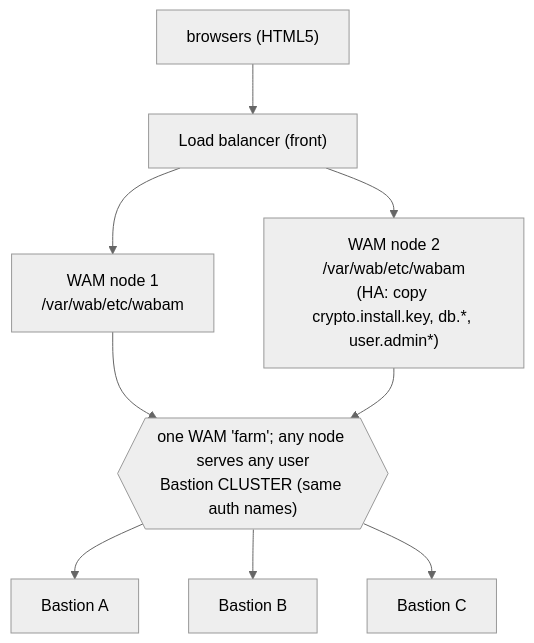
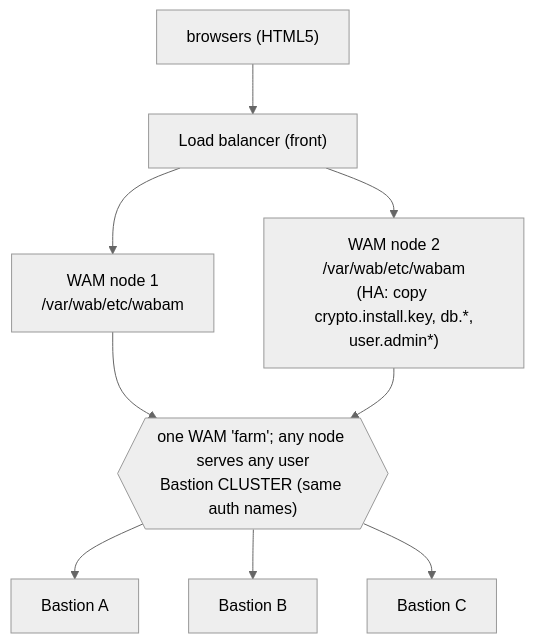
Before and after one commit to morandeirachema/WallixCerts: the fourth of 5 diagrams in deep-dives/high-availability-and-dr.md, drawn with Mermaid (neutral theme). The commit also changed other lines of this file and 37 other files, not shown here.

First line of the commit message:
Make Mermaid node boxes fit their text (wrap long labels) + enforce it

````diff
--- a/deep-dives/high-availability-and-dr.md
+++ b/deep-dives/high-availability-and-dr.md
@@ -207,11 +207,11 @@
 ```mermaid
 flowchart TD
     Browsers["browsers (HTML5)"] --> LB["Load balancer (front)"]
     LB --> WAM1["WAM node 1<br/>/var/wab/etc/wabam"]
-    LB --> WAM2["WAM node 2<br/>/var/wab/etc/wabam<br/>(HA: copy crypto.install.key, db.*, user.admin*)"]
+    LB --> WAM2["WAM node 2<br/>/var/wab/etc/wabam<br/>(HA: copy crypto.install.key, db.*,<br/>user.admin*)"]
     WAM1 --> Cluster{{"one WAM 'farm'; any node serves any user<br/>Bastion CLUSTER (same auth names)"}}
     WAM2 --> Cluster
     Cluster --> BastionA["Bastion A"]
     Cluster --> BastionB["Bastion B"]
     Cluster --> BastionC["Bastion C"]
 ```
````
